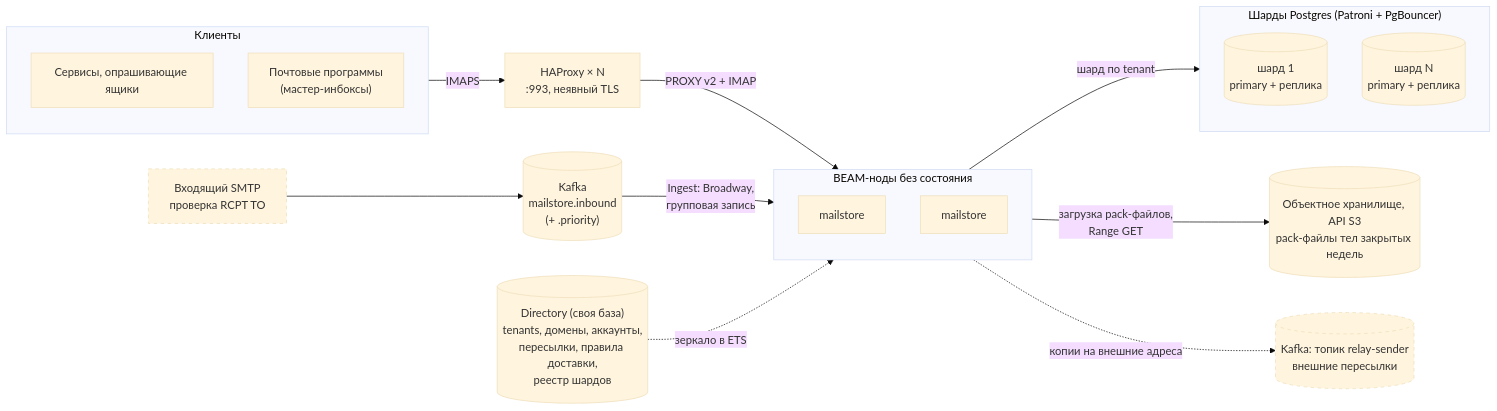
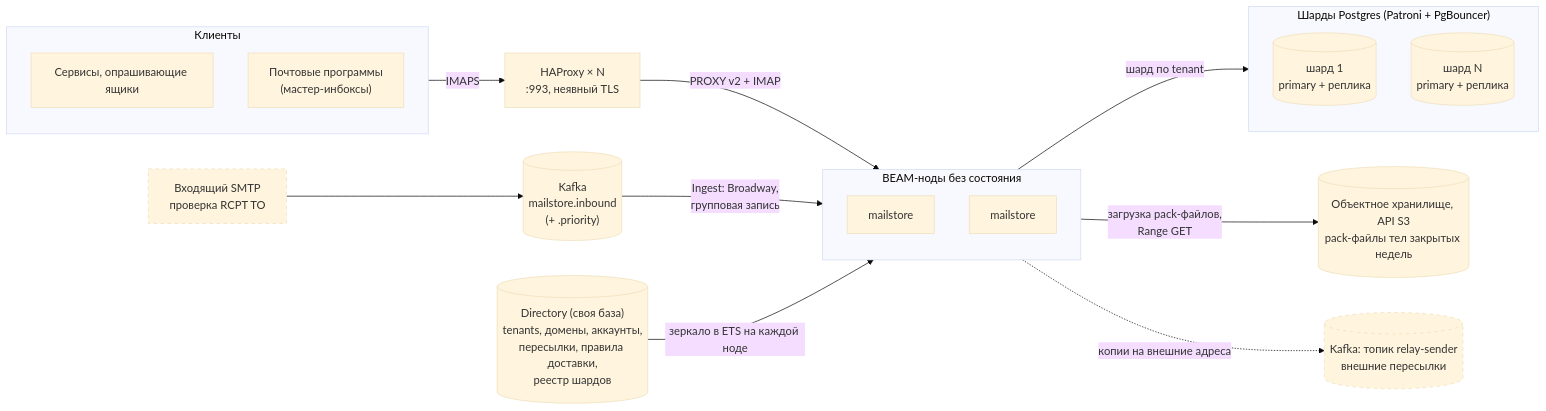
Before and after one commit to ichi404gh/mailstore: the first of 8 diagrams in docs/architecture.md, drawn with Mermaid (base theme). The commit also changed other lines of this file, not shown here.

First line of the commit message:
Draw built flows solid in the architecture diagrams

````diff
--- a/docs/architecture.md
+++ b/docs/architecture.md
@@ -18,38 +18,38 @@
 ```mermaid
 flowchart LR
   subgraph clients["Клиенты"]
     poll["Сервисы, опрашивающие ящики"]
     mua["Почтовые программы<br/>(мастер-инбоксы)"]
   end
 
   smtp["Входящий SMTP<br/>проверка RCPT TO"]:::planned
   queue[("Kafka<br/>mailstore.inbound<br/>(+ .priority)")]
 
   hap["HAProxy × N<br/>:993, неявный TLS"]
 
   subgraph compute["BEAM-ноды без состояния"]
     n1["mailstore"]
     n2["mailstore"]
   end
 
   dir[("Directory (своя база)<br/>tenants, домены, аккаунты,<br/>пересылки, правила доставки,<br/>реестр шардов")]
 
   subgraph storage["Шарды Postgres (Patroni + PgBouncer)"]
     s1[("шард 1<br/>primary + реплика")]
     s2[("шард N<br/>primary + реплика")]
   end
 
   obj[("Объектное хранилище, API S3<br/>pack-файлы тел закрытых недель")]
   relay[("Kafka: топик relay-sender<br/>внешние пересылки")]:::planned
 
   clients -->|IMAPS| hap
   hap -->|"PROXY v2 + IMAP"| compute
   smtp --> queue
   queue -->|"Ingest: Broadway,<br/>групповая запись"| compute
-  dir -.->|"зеркало в ETS"| compute
+  dir -->|"зеркало в ETS на каждой ноде"| compute
   compute -->|"шард по tenant"| storage
   compute -->|"загрузка pack-файлов,<br/>Range GET"| obj
   compute -.->|"копии на внешние адреса"| relay
 
   classDef planned stroke-dasharray: 5 5
 ```
````
